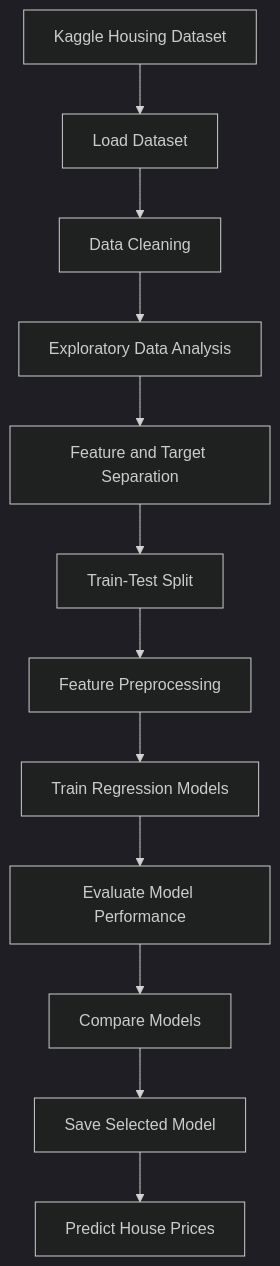
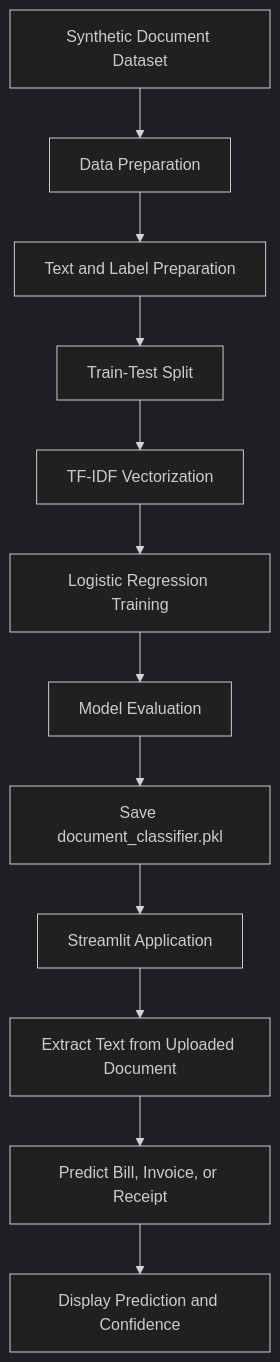
The second of 2 diagrams in README.md (tanush090/DocuSense), drawn with Mermaid (dark theme) before and after one commit. The commit also changed other lines of this file, not shown here.

First line of the commit message:
Revise README for DocuSense PDF Classifier

````diff
--- a/README.md
+++ b/README.md
@@ -55,14 +71,14 @@
 ```mermaid
 flowchart TD
-    A["Kaggle Housing Dataset"] --> B["Load Dataset"]
-    B --> C["Data Cleaning"]
-    C --> D["Exploratory Data Analysis"]
-    D --> E["Feature and Target Separation"]
-    E --> F["Train-Test Split"]
-    F --> G["Feature Preprocessing"]
-    G --> H["Train Regression Models"]
-    H --> I["Evaluate Model Performance"]
-    I --> J["Compare Models"]
-    J --> K["Save Selected Model"]
-    K --> L["Predict House Prices"]
+    A["Synthetic Document Dataset"] --> B["Data Preparation"]
+    B --> C["Text and Label Preparation"]
+    C --> D["Train-Test Split"]
+    D --> E["TF-IDF Vectorization"]
+    E --> F["Logistic Regression Training"]
+    F --> G["Model Evaluation"]
+    G --> H["Save document_classifier.pkl"]
+    H --> I["Streamlit Application"]
+    I --> J["Extract Text from Uploaded Document"]
+    J --> K["Predict Bill, Invoice, or Receipt"]
+    K --> L["Display Prediction and Confidence"]
 ```
````
